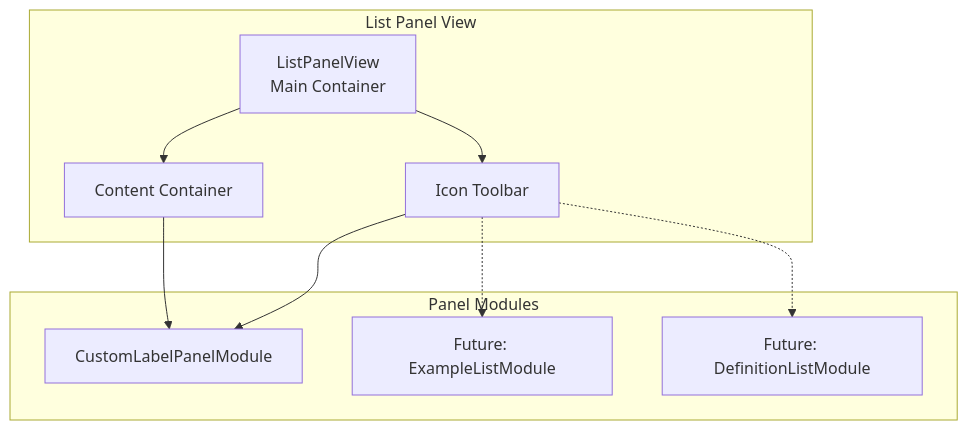
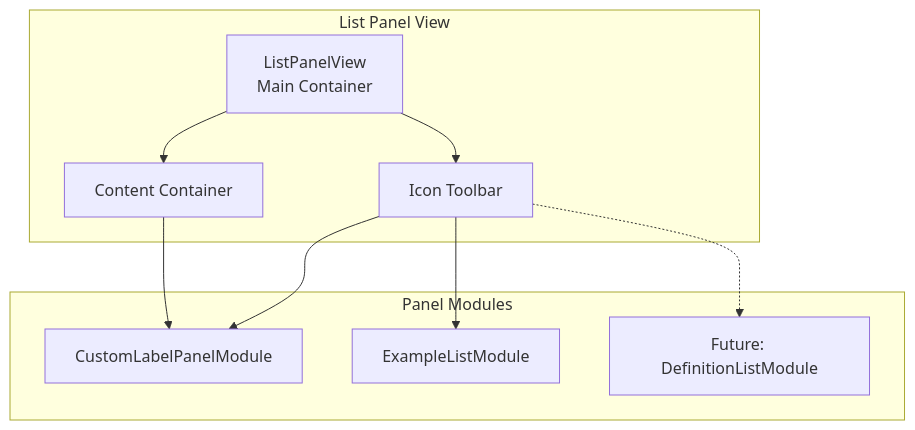
One commit to ErrorTzy/obsidian-pandoc-extended-markdown changed the fourth of 8 diagrams in ARCHITECTURE.md. Above: the diagram before and after it, drawn with Mermaid. The commit also changed other lines of this file, not shown here.

````diff
--- a/ARCHITECTURE.md
+++ b/ARCHITECTURE.md
@@ -407,21 +407,21 @@
 ```mermaid
 graph TB
     subgraph "List Panel View"
         LPV[ListPanelView<br/>Main Container]
         IconRow[Icon Toolbar]
         Content[Content Container]
     end
     
     subgraph "Panel Modules"
         CLM[CustomLabelPanelModule]
-        FLM[Future: ExampleListModule]
+        FLM[ExampleListModule]
         DLM[Future: DefinitionListModule]
     end
     
     LPV --> IconRow
     LPV --> Content
     IconRow --> CLM
-    IconRow -.-> FLM
+    IconRow --> FLM
     IconRow -.-> DLM
     Content --> CLM
 ```
````
